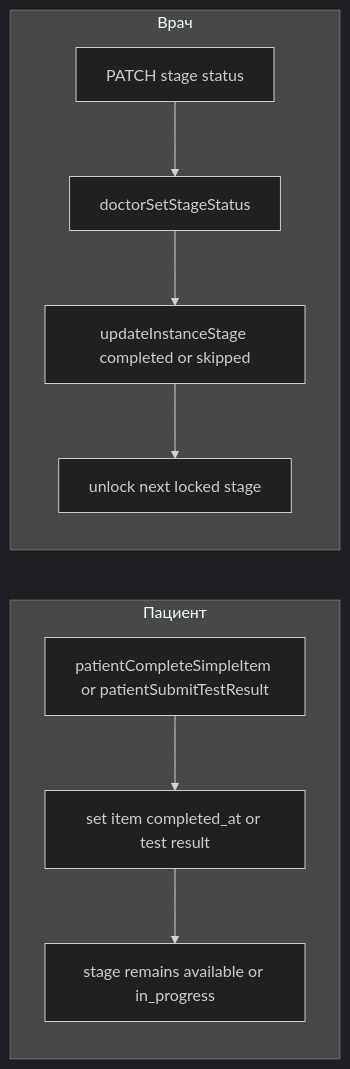
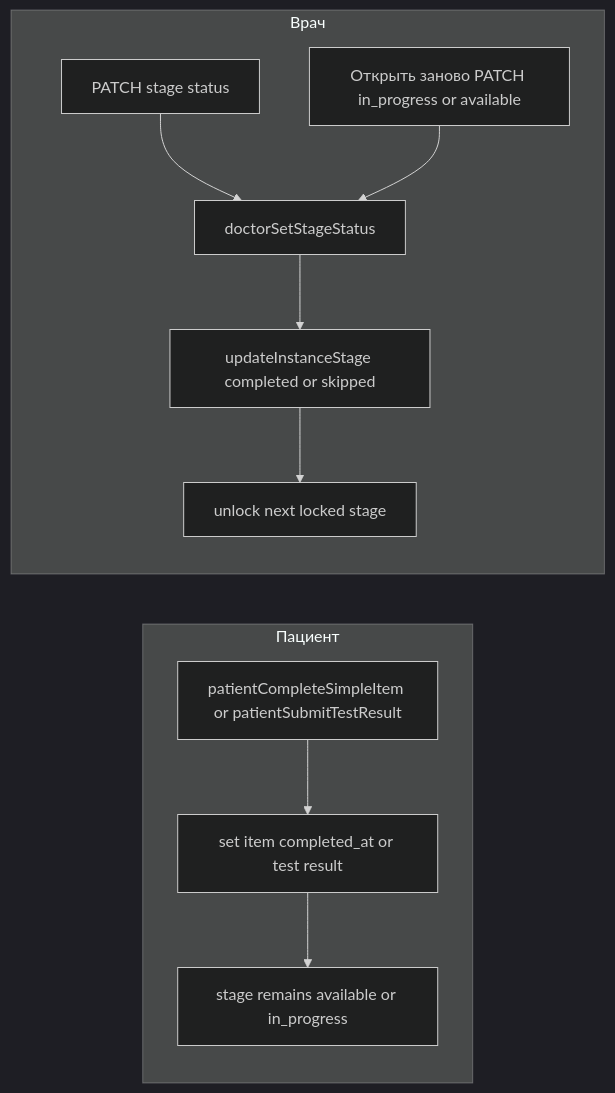
The diagram in .cursor/plans/doctor-only_stage_completion.plan.md (Dimmdao2/BersonCareBot), drawn with Mermaid (dark theme) before and after one commit. The commit also changed other lines of this file and 7 other files, not shown here.

````diff
--- a/.cursor/plans/doctor-only_stage_completion.plan.md
+++ b/.cursor/plans/doctor-only_stage_completion.plan.md
@@ -68,12 +74,13 @@
 ```mermaid
 flowchart LR
   subgraph patientFlow [Пациент]
     A["patientCompleteSimpleItem or patientSubmitTestResult"] --> B["set item completed_at or test result"]
     B --> C["stage remains available or in_progress"]
   end
   subgraph doctorFlow [Врач]
     D["PATCH stage status"] --> E["doctorSetStageStatus"]
     E --> F["updateInstanceStage completed or skipped"]
     F --> G["unlock next locked stage"]
+    H["Открыть заново PATCH in_progress or available"] --> E
   end
 ```
````
